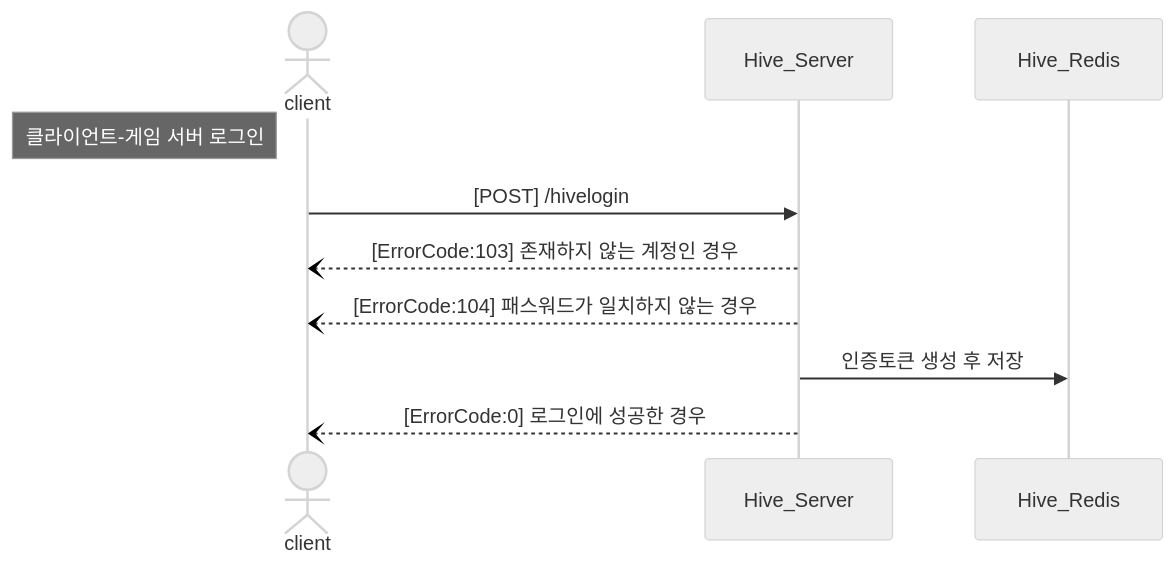
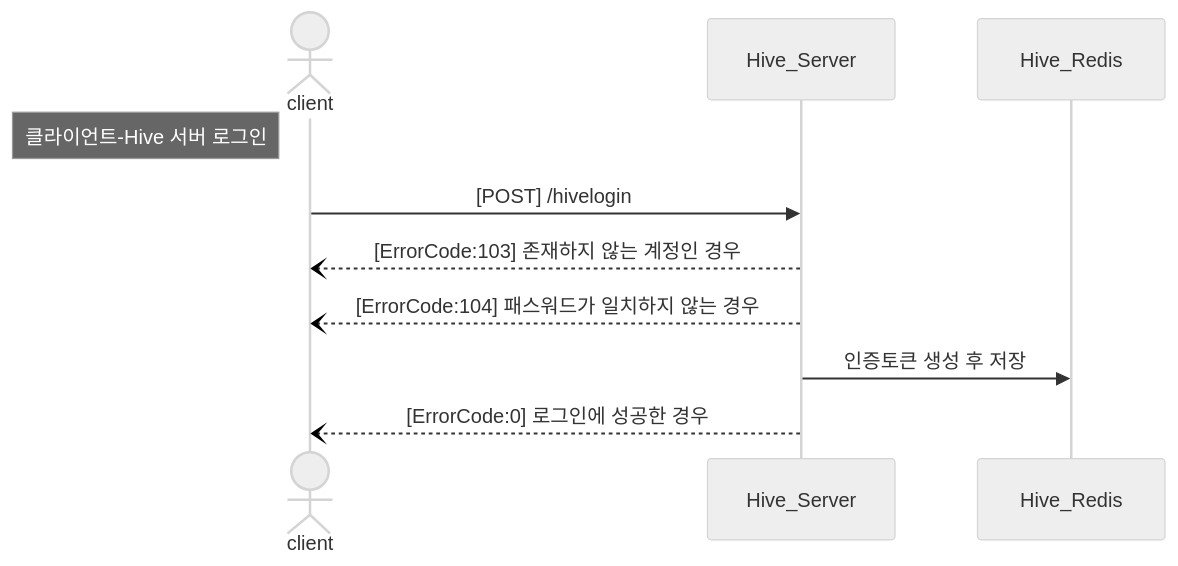
One commit to KongJJoki/OmokProj changed the fourth of 8 diagrams in README.md. Above: the diagram before and after it, drawn with Mermaid (neutral theme).

````diff
--- a/README.md
+++ b/README.md
@@ -142,14 +142,14 @@
 ```mermaid
 sequenceDiagram
     actor A as client
     participant B as Hive_Server
     participant C as Hive_Redis
 
     %% 클라이언트-Hive 서버 로그인
-    note left of A: 클라이언트-게임 서버 로그인
+    note left of A: 클라이언트-Hive 서버 로그인
     A->>B: [POST] /hivelogin
     B--)A: [ErrorCode:103] 존재하지 않는 계정인 경우
     B--)A: [ErrorCode:104] 패스워드가 일치하지 않는 경우
     B->>C: 인증토큰 생성 후 저장
     B--)A: [ErrorCode:0] 로그인에 성공한 경우
 ```
````
